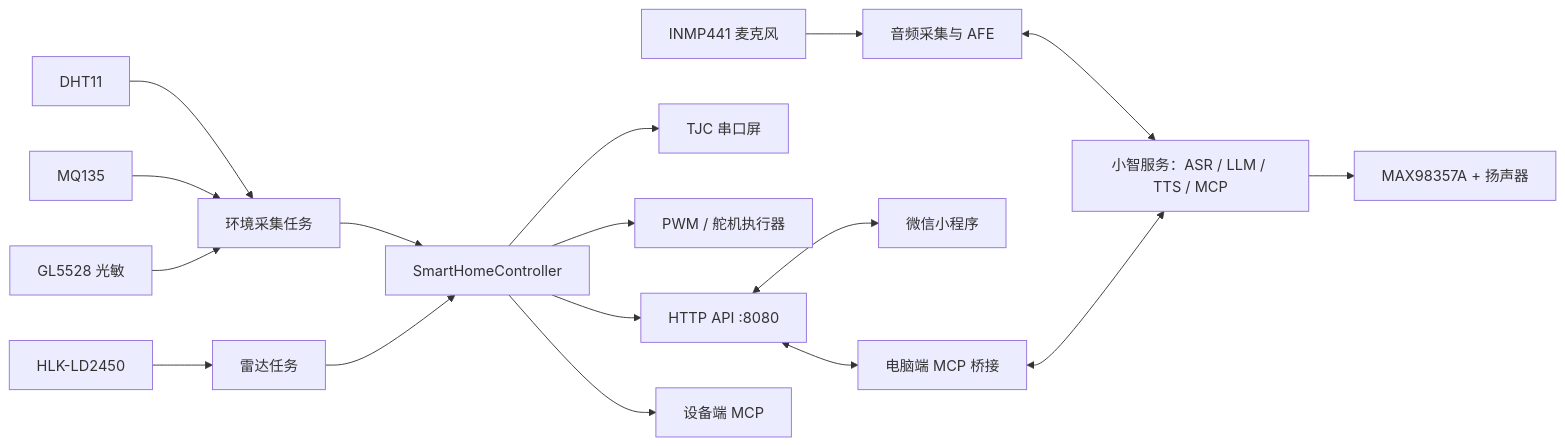
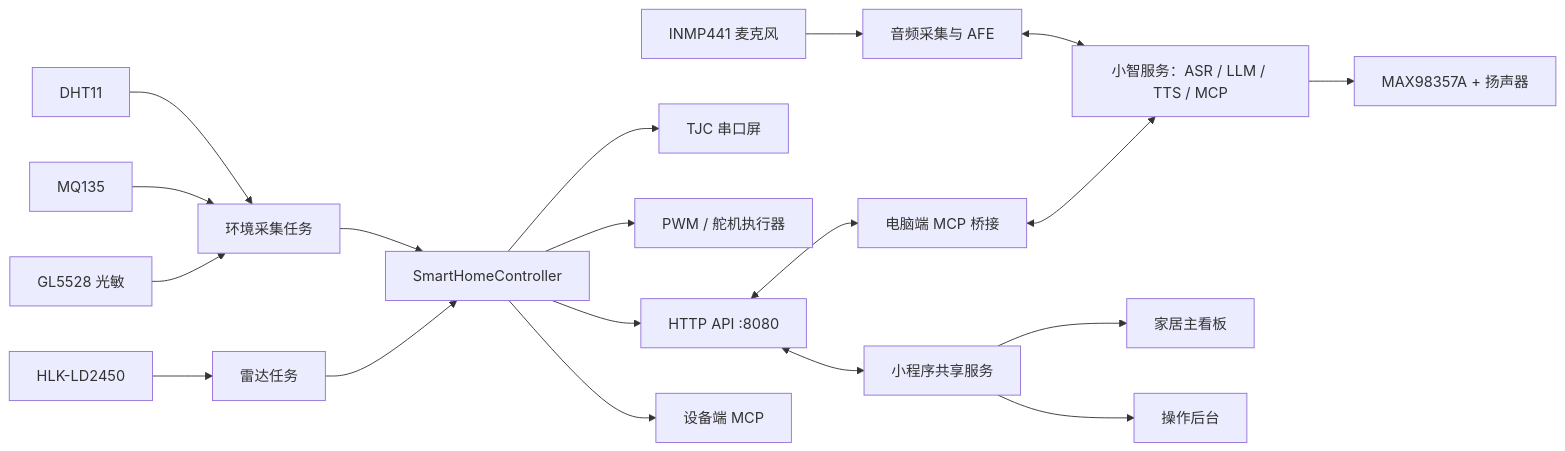
The diagram in README.md (yythlss/Smart-Home-Controller), drawn with Mermaid before and after one commit. The commit also changed other lines of this file, not shown here.

Commit message:
docs: update README for mini program admin console

````diff
--- a/README.md
+++ b/README.md
@@ -41,22 +41,24 @@
 ```mermaid
 flowchart LR
     MIC["INMP441 麦克风"] --> AUDIO["音频采集与 AFE"]
     AUDIO <--> CLOUD["小智服务：ASR / LLM / TTS / MCP"]
     CLOUD --> SPK["MAX98357A + 扬声器"]
 
     DHT["DHT11"] --> SENSOR["环境采集任务"]
     MQ["MQ135"] --> SENSOR
     LIGHT["GL5528 光敏"] --> SENSOR
     RADAR["HLK-LD2450"] --> RADAR_TASK["雷达任务"]
 
     SENSOR --> CTRL["SmartHomeController"]
     RADAR_TASK --> CTRL
     CTRL --> HMI["TJC 串口屏"]
     CTRL --> ACT["PWM / 舵机执行器"]
     CTRL --> HTTP["HTTP API :8080"]
     CTRL --> DEVICE_MCP["设备端 MCP"]
 
-    HTTP <--> MINI["微信小程序"]
+    HTTP <--> MINI_SERVICE["小程序共享服务"]
+    MINI_SERVICE --> MINI_HOME["家居主看板"]
+    MINI_SERVICE --> MINI_ADMIN["操作后台"]
     HTTP <--> BRIDGE["电脑端 MCP 桥接"]
     BRIDGE <--> CLOUD
 ```
````
